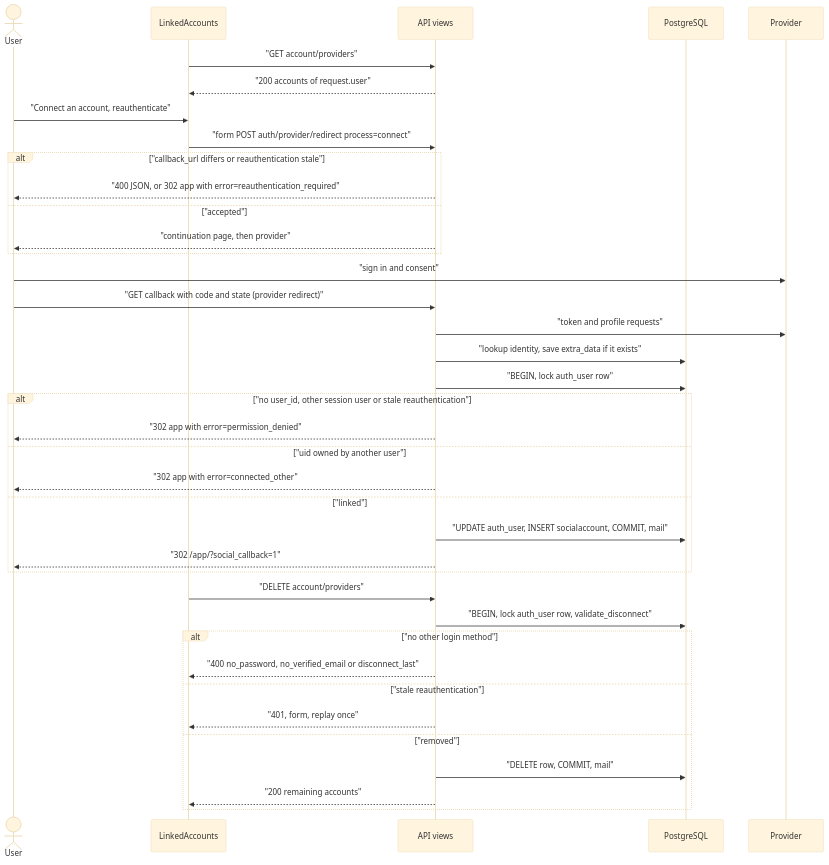
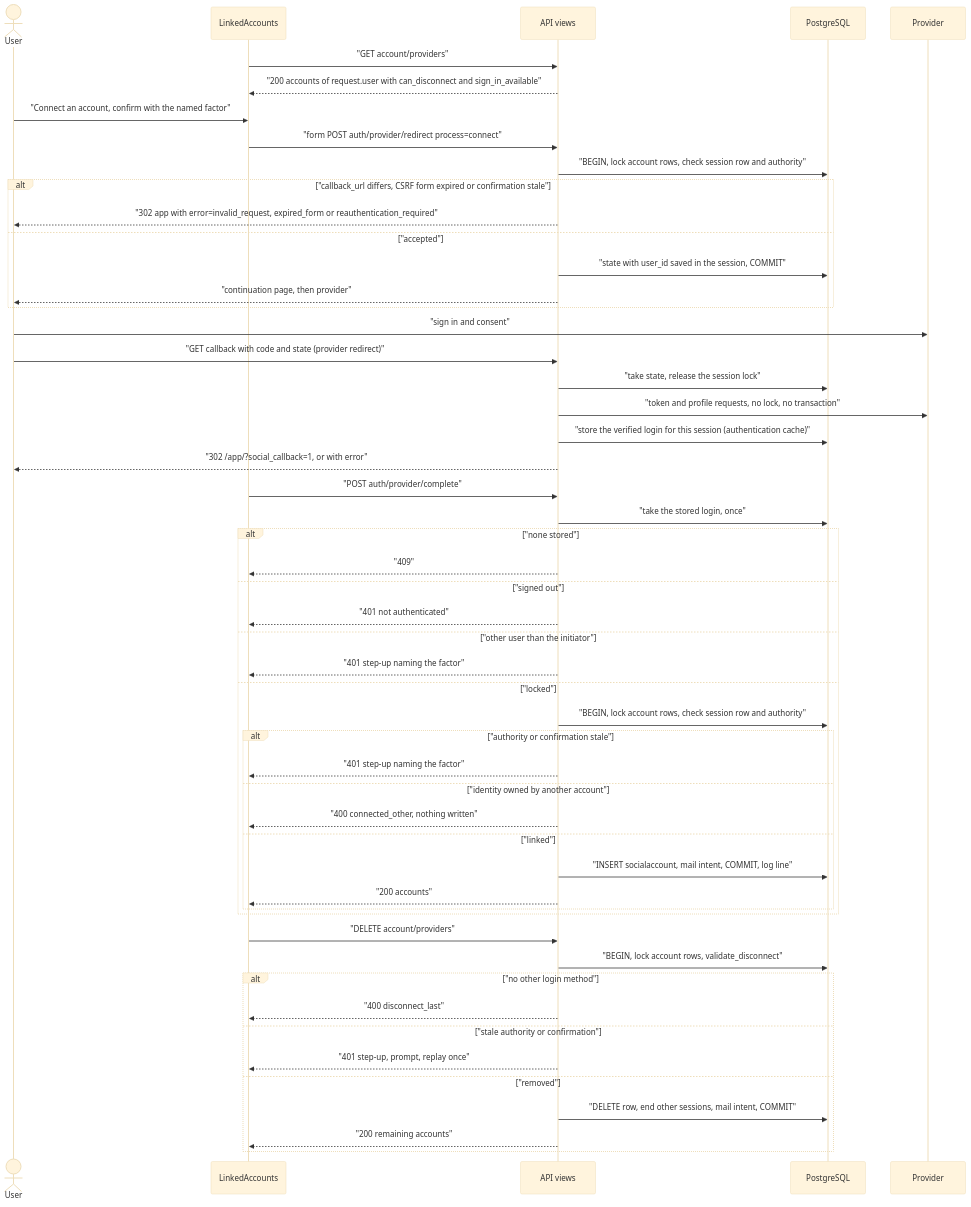
One commit to erkurtharun/pyracast changed the diagram in docs/flows/linked-accounts.md. Above: the diagram before and after it, drawn with Mermaid (base theme). The commit also changed other lines of this file and 85 other files, not shown here.

First line of the commit message:
Bring the flow pages in line with the code (#107)

````diff
--- a/docs/flows/linked-accounts.md
+++ b/docs/flows/linked-accounts.md
@@ -13,40 +13,54 @@
 ```mermaid
 sequenceDiagram
     actor U as User
     participant L as LinkedAccounts
     participant V as API views
     participant D as PostgreSQL
     participant P as Provider
     L->>V: "GET account/providers"
-    V-->>L: "200 accounts of request.user"
-    U->>L: "Connect an account, reauthenticate"
+    V-->>L: "200 accounts of request.user with can_disconnect and sign_in_available"
+    U->>L: "Connect an account, confirm with the named factor"
     L->>V: "form POST auth/provider/redirect process=connect"
-    alt "callback_url differs or reauthentication stale"
-        V-->>U: "400 JSON, or 302 app with error=reauthentication_required"
+    V->>D: "BEGIN, lock account rows, check session row and authority"
+    alt "callback_url differs, CSRF form expired or confirmation stale"
+        V-->>U: "302 app with error=invalid_request, expired_form or reauthentication_required"
     else "accepted"
+        V->>D: "state with user_id saved in the session, COMMIT"
         V-->>U: "continuation page, then provider"
     end
     U->>P: "sign in and consent"
     U->>V: "GET callback with code and state (provider redirect)"
-    V->>P: "token and profile requests"
-    V->>D: "lookup identity, save extra_data if it exists"
-    V->>D: "BEGIN, lock auth_user row"
-    alt "no user_id, other session user or stale reauthentication"
-        V-->>U: "302 app with error=permission_denied"
-    else "uid owned by another user"
-        V-->>U: "302 app with error=connected_other"
-    else "linked"
-        V->>D: "UPDATE auth_user, INSERT socialaccount, COMMIT, mail"
-        V-->>U: "302 /app/?social_callback=1"
+    V->>D: "take state, release the session lock"
+    V->>P: "token and profile requests, no lock, no transaction"
+    V->>D: "store the verified login for this session (authentication cache)"
+    V-->>U: "302 /app/?social_callback=1, or with error"
+    L->>V: "POST auth/provider/complete"
+    V->>D: "take the stored login, once"
+    alt "none stored"
+        V-->>L: "409"
+    else "signed out"
+        V-->>L: "401 not authenticated"
+    else "other user than the initiator"
+        V-->>L: "401 step-up naming the factor"
+    else "locked"
+        V->>D: "BEGIN, lock account rows, check session row and authority"
+        alt "authority or confirmation stale"
+            V-->>L: "401 step-up naming the factor"
+        else "identity owned by another account"
+            V-->>L: "400 connected_other, nothing written"
+        else "linked"
+            V->>D: "INSERT socialaccount, mail intent, COMMIT, log line"
+            V-->>L: "200 accounts"
+        end
     end
     L->>V: "DELETE account/providers"
-    V->>D: "BEGIN, lock auth_user row, validate_disconnect"
+    V->>D: "BEGIN, lock account rows, validate_disconnect"
     alt "no other login method"
-        V-->>L: "400 no_password, no_verified_email or disconnect_last"
-    else "stale reauthentication"
-        V-->>L: "401, form, replay once"
+        V-->>L: "400 disconnect_last"
+    else "stale authority or confirmation"
+        V-->>L: "401 step-up, prompt, replay once"
     else "removed"
-        V->>D: "DELETE row, COMMIT, mail"
+        V->>D: "DELETE row, end other sessions, mail intent, COMMIT"
         V-->>L: "200 remaining accounts"
     end
 ```
````
